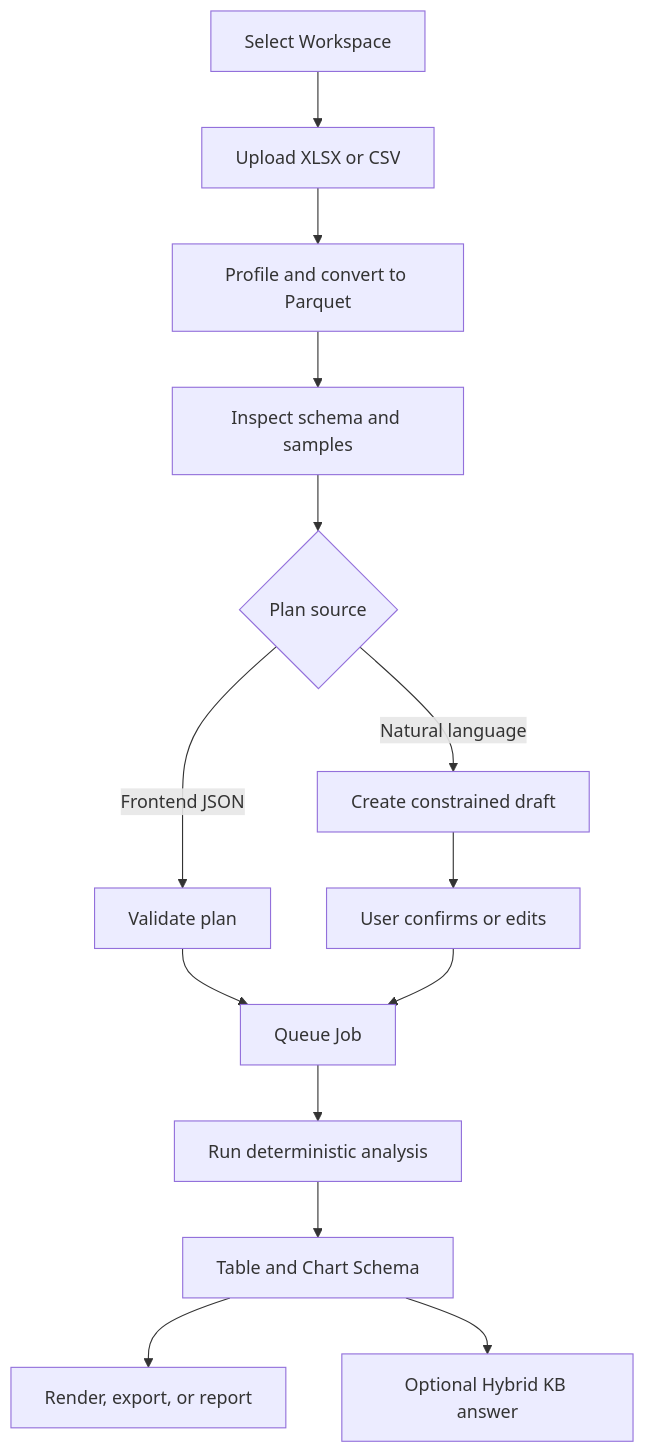
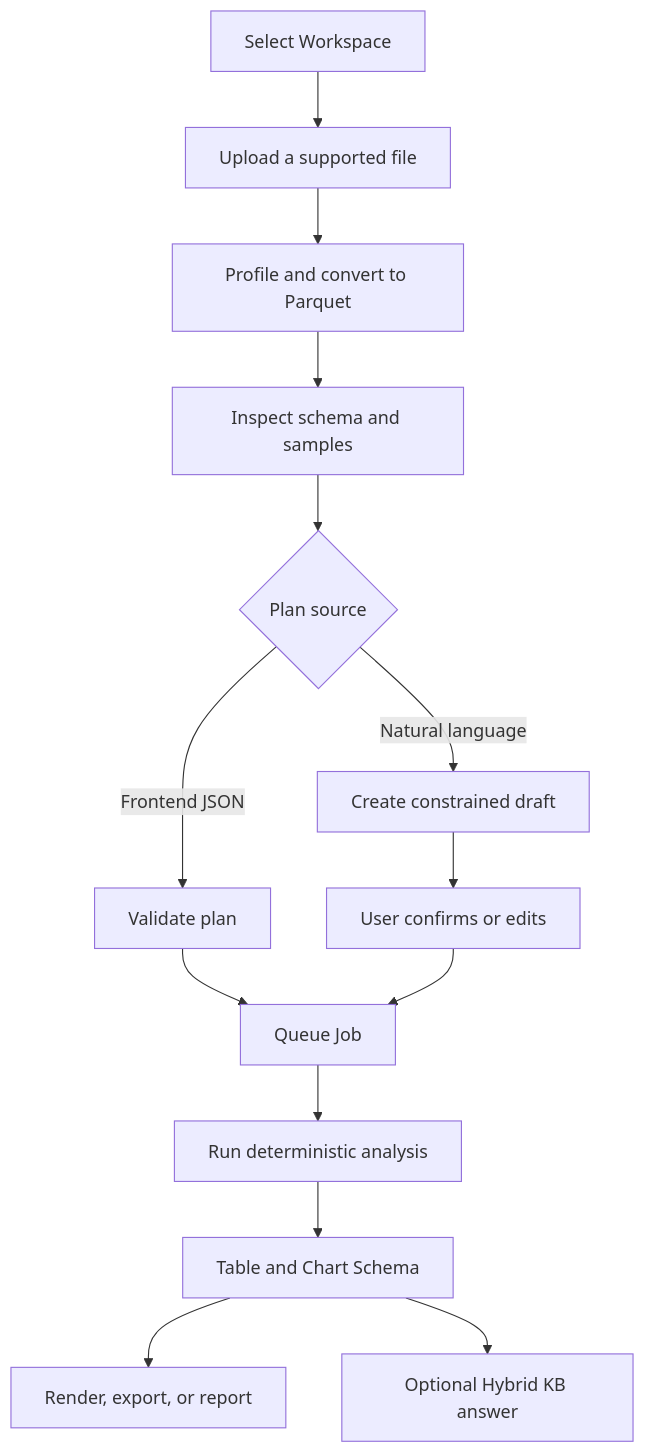
The diagram in docs/session_analysis_workspace.md (aa31553/LM_Agent), drawn with Mermaid before and after one commit. The commit also changed other lines of this file and 16 other files, not shown here.

````diff
--- a/docs/session_analysis_workspace.md
+++ b/docs/session_analysis_workspace.md
@@ -105,16 +106,16 @@
 ```mermaid
 flowchart TD
-    A["Select Workspace"] --> B["Upload XLSX or CSV"]
+    A["Select Workspace"] --> B["Upload a supported file"]
     B --> C["Profile and convert to Parquet"]
     C --> D["Inspect schema and samples"]
     D --> E{"Plan source"}
     E -->|Frontend JSON| F["Validate plan"]
     E -->|Natural language| G["Create constrained draft"]
     G --> H["User confirms or edits"]
     F --> I["Queue Job"]
     H --> I
     I --> J["Run deterministic analysis"]
     J --> K["Table and Chart Schema"]
     K --> L["Render, export, or report"]
     K --> M["Optional Hybrid KB answer"]
 ```
````
